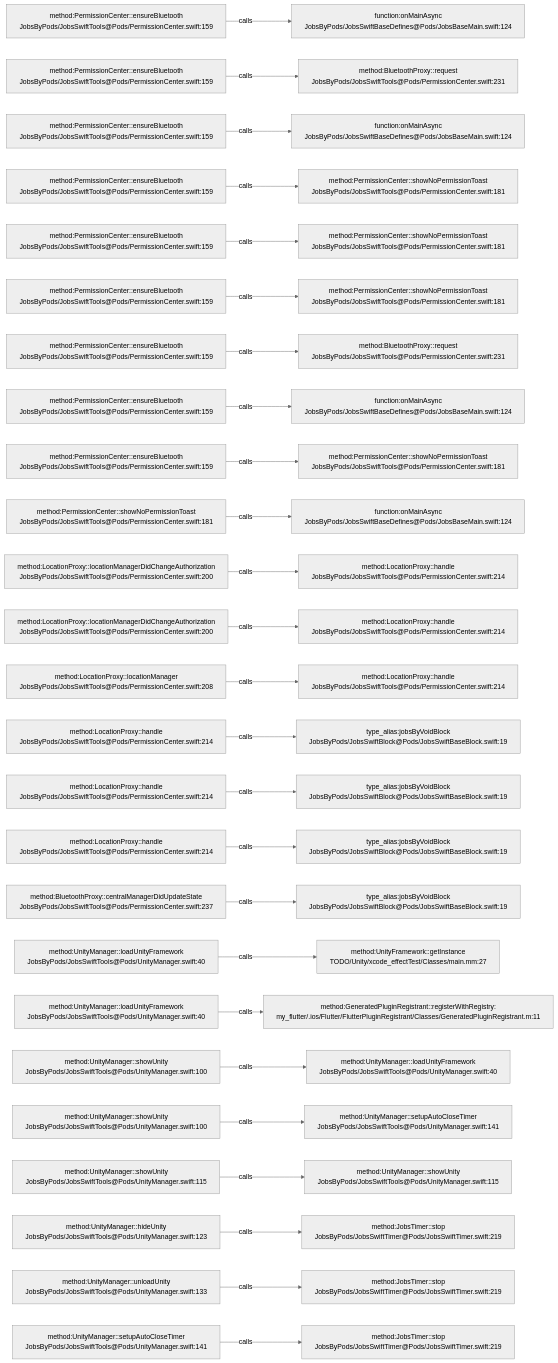
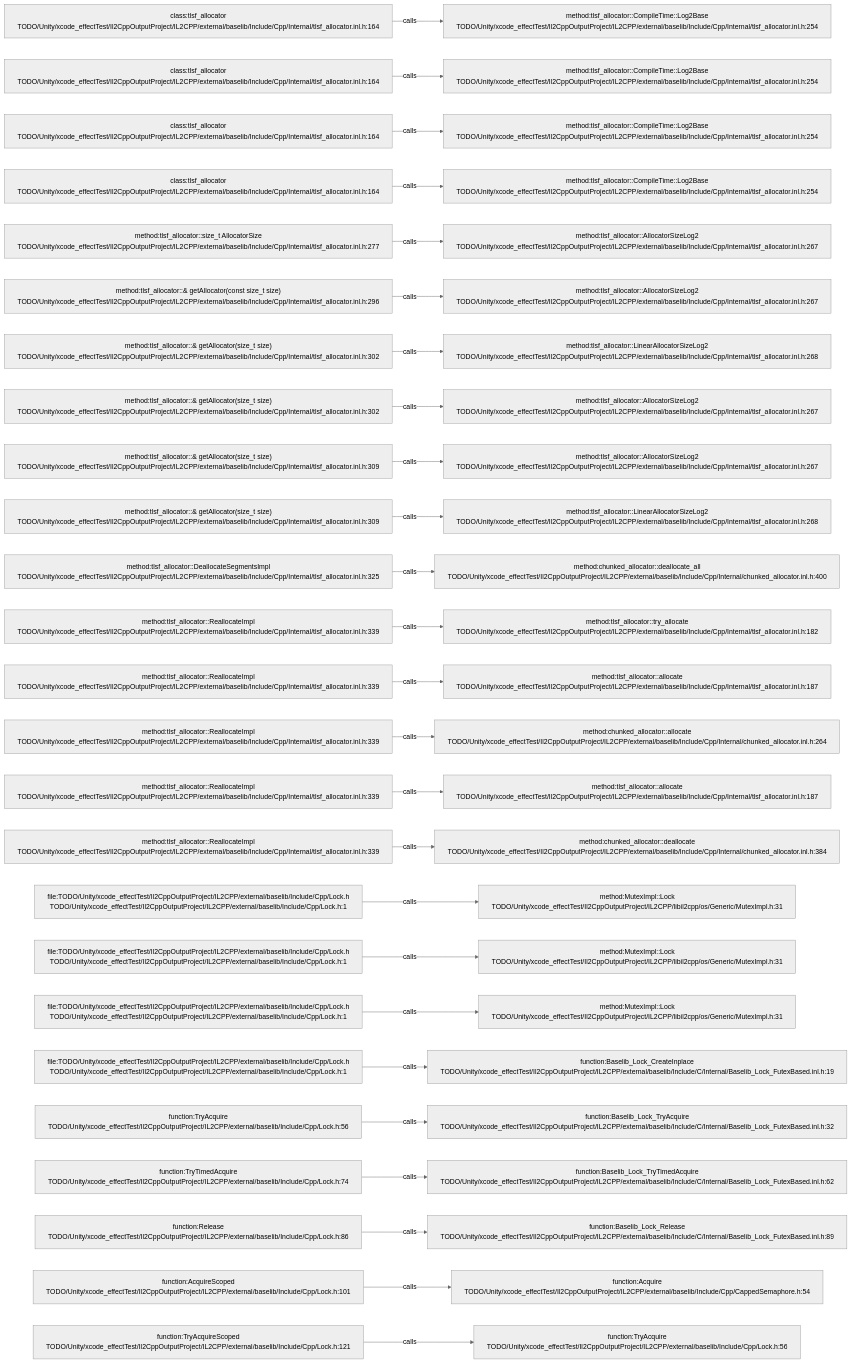
One commit to JobsKits/JobsSwiftBaseConfigDemo changed the diagram in .codegraph/codegraph.md/graphs/calls-067.md. Above: the diagram before and after it, drawn with Mermaid (neutral theme). The commit also changed 227 other files, not shown here.

````diff
--- a/.codegraph/codegraph.md/graphs/calls-067.md
+++ b/.codegraph/codegraph.md/graphs/calls-067.md
@@ -13,78 +13,78 @@
 ```mermaid
 flowchart LR
-  S1["method:PermissionCenter::ensureBluetooth<br/>JobsByPods/JobsSwiftTools@Pods/PermissionCenter.swift:159"]
-  T1["function:onMainAsync<br/>JobsByPods/JobsSwiftBaseDefines@Pods/JobsBaseMain.swift:124"]
+  S1["class:tlsf_allocator<br/>TODO/Unity/xcode_effectTest/Il2CppOutputProject/IL2CPP/external/baselib/Include/Cpp/Internal/tlsf_allocator.inl.h:164"]
+  T1["method:tlsf_allocator::CompileTime::Log2Base<br/>TODO/Unity/xcode_effectTest/Il2CppOutputProject/IL2CPP/external/baselib/Include/Cpp/Internal/tlsf_allocator.inl.h:254"]
   S1 -->|calls| T1
-  S2["method:PermissionCenter::ensureBluetooth<br/>JobsByPods/JobsSwiftTools@Pods/PermissionCenter.swift:159"]
-  T2["method:BluetoothProxy::request<br/>JobsByPods/JobsSwiftTools@Pods/PermissionCenter.swift:231"]
+  S2["class:tlsf_allocator<br/>TODO/Unity/xcode_effectTest/Il2CppOutputProject/IL2CPP/external/baselib/Include/Cpp/Internal/tlsf_allocator.inl.h:164"]
+  T2["method:tlsf_allocator::CompileTime::Log2Base<br/>TODO/Unity/xcode_effectTest/Il2CppOutputProject/IL2CPP/external/baselib/Include/Cpp/Internal/tlsf_allocator.inl.h:254"]
   S2 -->|calls| T2
-  S3["method:PermissionCenter::ensureBluetooth<br/>JobsByPods/JobsSwiftTools@Pods/PermissionCenter.swift:159"]
-  T3["function:onMainAsync<br/>JobsByPods/JobsSwiftBaseDefines@Pods/JobsBaseMain.swift:124"]
+  S3["class:tlsf_allocator<br/>TODO/Unity/xcode_effectTest/Il2CppOutputProject/IL2CPP/external/baselib/Include/Cpp/Internal/tlsf_allocator.inl.h:164"]
+  T3["method:tlsf_allocator::CompileTime::Log2Base<br/>TODO/Unity/xcode_effectTest/Il2CppOutputProject/IL2CPP/external/baselib/Include/Cpp/Internal/tlsf_allocator.inl.h:254"]
   S3 -->|calls| T3
-  S4["method:PermissionCenter::ensureBluetooth<br/>JobsByPods/JobsSwiftTools@Pods/PermissionCenter.swift:159"]
-  T4["method:PermissionCenter::showNoPermissionToast<br/>JobsByPods/JobsSwiftTools@Pods/PermissionCenter.swift:181"]
+  S4["class:tlsf_allocator<br/>TODO/Unity/xcode_effectTest/Il2CppOutputProject/IL2CPP/external/baselib/Include/Cpp/Internal/tlsf_allocator.inl.h:164"]
+  T4["method:tlsf_allocator::CompileTime::Log2Base<br/>TODO/Unity/xcode_effectTest/Il2CppOutputProject/IL2CPP/external/baselib/Include/Cpp/Internal/tlsf_allocator.inl.h:254"]
   S4 -->|calls| T4
-  S5["method:PermissionCenter::ensureBluetooth<br/>JobsByPods/JobsSwiftTools@Pods/PermissionCenter.swift:159"]
-  T5["method:PermissionCenter::showNoPermissionToast<br/>JobsByPods/JobsSwiftTools@Pods/PermissionCenter.swift:181"]
+  S5["method:tlsf_allocator::size_t AllocatorSize<br/>TODO/Unity/xcode_effectTest/Il2CppOutputProject/IL2CPP/external/baselib/Include/Cpp/Internal/tlsf_allocator.inl.h:277"]
+  T5["method:tlsf_allocator::AllocatorSizeLog2<br/>TODO/Unity/xcode_effectTest/Il2CppOutputProject/IL2CPP/external/baselib/Include/Cpp/Internal/tlsf_allocator.inl.h:267"]
   S5 -->|calls| T5
-  S6["method:PermissionCenter::ensureBluetooth<br/>JobsByPods/JobsSwiftTools@Pods/PermissionCenter.swift:159"]
-  T6["method:PermissionCenter::showNoPermissionToast<br/>JobsByPods/JobsSwiftTools@Pods/PermissionCenter.swift:181"]
+  S6["method:tlsf_allocator::& getAllocator(const size_t size)<br/>TODO/Unity/xcode_effectTest/Il2CppOutputProject/IL2CPP/external/baselib/Include/Cpp/Internal/tlsf_allocator.inl.h:296"]
+  T6["method:tlsf_allocator::AllocatorSizeLog2<br/>TODO/Unity/xcode_effectTest/Il2CppOutputProject/IL2CPP/external/baselib/Include/Cpp/Internal/tlsf_allocator.inl.h:267"]
   S6 -->|calls| T6
-  S7["method:PermissionCenter::ensureBluetooth<br/>JobsByPods/JobsSwiftTools@Pods/PermissionCenter.swift:159"]
-  T7["method:BluetoothProxy::request<br/>JobsByPods/JobsSwiftTools@Pods/PermissionCenter.swift:231"]
+  S7["method:tlsf_allocator::& getAllocator(size_t size)<br/>TODO/Unity/xcode_effectTest/Il2CppOutputProject/IL2CPP/external/baselib/Include/Cpp/Internal/tlsf_allocator.inl.h:302"]
+  T7["method:tlsf_allocator::LinearAllocatorSizeLog2<br/>TODO/Unity/xcode_effectTest/Il2CppOutputProject/IL2CPP/external/baselib/Include/Cpp/Internal/tlsf_allocator.inl.h:268"]
   S7 -->|calls| T7
-  S8["method:PermissionCenter::ensureBluetooth<br/>JobsByPods/JobsSwiftTools@Pods/PermissionCenter.swift:159"]
-  T8["function:onMainAsync<br/>JobsByPods/JobsSwiftBaseDefines@Pods/JobsBaseMain.swift:124"]
+  S8["method:tlsf_allocator::& getAllocator(size_t size)<br/>TODO/Unity/xcode_effectTest/Il2CppOutputProject/IL2CPP/external/baselib/Include/Cpp/Internal/tlsf_allocator.inl.h:302"]
+  T8["method:tlsf_allocator::AllocatorSizeLog2<br/>TODO/Unity/xcode_effectTest/Il2CppOutputProject/IL2CPP/external/baselib/Include/Cpp/Internal/tlsf_allocator.inl.h:267"]
   S8 -->|calls| T8
-  S9["method:PermissionCenter::ensureBluetooth<br/>JobsByPods/JobsSwiftTools@Pods/PermissionCenter.swift:159"]
-  T9["method:PermissionCenter::showNoPermissionToast<br/>JobsByPods/JobsSwiftTools@Pods/PermissionCenter.swift:181"]
+  S9["method:tlsf_allocator::& getAllocator(size_t size)<br/>TODO/Unity/xcode_effectTest/Il2CppOutputProject/IL2CPP/external/baselib/Include/Cpp/Internal/tlsf_allocator.inl.h:309"]
+  T9["method:tlsf_allocator::AllocatorSizeLog2<br/>TODO/Unity/xcode_effectTest/Il2CppOutputProject/IL2CPP/external/baselib/Include/Cpp/Internal/tlsf_allocator.inl.h:267"]
   S9 -->|calls| T9
-  S10["method:PermissionCenter::showNoPermissionToast<br/>JobsByPods/JobsSwiftTools@Pods/PermissionCenter.swift:181"]
-  T10["function:onMainAsync<br/>JobsByPods/JobsSwiftBaseDefines@Pods/JobsBaseMain.swift:124"]
+  S10["method:tlsf_allocator::& getAllocator(size_t size)<br/>TODO/Unity/xcode_effectTest/Il2CppOutputProject/IL2CPP/external/baselib/Include/Cpp/Internal/tlsf_allocator.inl.h:309"]
+  T10["method:tlsf_allocator::LinearAllocatorSizeLog2<br/>TODO/Unity/xcode_effectTest/Il2CppOutputProject/IL2CPP/external/baselib/Include/Cpp/Internal/tlsf_allocator.inl.h:268"]
   S10 -->|calls| T10
-  S11["method:LocationProxy::locationManagerDidChangeAuthorization<br/>JobsByPods/JobsSwiftTools@Pods/PermissionCenter.swift:200"]
-  T11["method:LocationProxy::handle<br/>JobsByPods/JobsSwiftTools@Pods/PermissionCenter.swift:214"]
+  S11["method:tlsf_allocator::DeallocateSegmentsImpl<br/>TODO/Unity/xcode_effectTest/Il2CppOutputProject/IL2CPP/external/baselib/Include/Cpp/Internal/tlsf_allocator.inl.h:325"]
+  T11["method:chunked_allocator::deallocate_all<br/>TODO/Unity/xcode_effectTest/Il2CppOutputProject/IL2CPP/external/baselib/Include/Cpp/Internal/chunked_allocator.inl.h:400"]
   S11 -->|calls| T11
-  S12["method:LocationProxy::locationManagerDidChangeAuthorization<br/>JobsByPods/JobsSwiftTools@Pods/PermissionCenter.swift:200"]
-  T12["method:LocationProxy::handle<br/>JobsByPods/JobsSwiftTools@Pods/PermissionCenter.swift:214"]
+  S12["method:tlsf_allocator::ReallocateImpl<br/>TODO/Unity/xcode_effectTest/Il2CppOutputProject/IL2CPP/external/baselib/Include/Cpp/Internal/tlsf_allocator.inl.h:339"]
+  T12["method:tlsf_allocator::try_allocate<br/>TODO/Unity/xcode_effectTest/Il2CppOutputProject/IL2CPP/external/baselib/Include/Cpp/Internal/tlsf_allocator.inl.h:182"]
   S12 -->|calls| T12
-  S13["method:LocationProxy::locationManager<br/>JobsByPods/JobsSwiftTools@Pods/PermissionCenter.swift:208"]
-  T13["method:LocationProxy::handle<br/>JobsByPods/JobsSwiftTools@Pods/PermissionCenter.swift:214"]
+  S13["method:tlsf_allocator::ReallocateImpl<br/>TODO/Unity/xcode_effectTest/Il2CppOutputProject/IL2CPP/external/baselib/Include/Cpp/Internal/tlsf_allocator.inl.h:339"]
+  T13["method:tlsf_allocator::allocate<br/>TODO/Unity/xcode_effectTest/Il2CppOutputProject/IL2CPP/external/baselib/Include/Cpp/Internal/tlsf_allocator.inl.h:187"]
   S13 -->|calls| T13
-  S14["method:LocationProxy::handle<br/>JobsByPods/JobsSwiftTools@Pods/PermissionCenter.swift:214"]
-  T14["type_alias:jobsByVoidBlock<br/>JobsByPods/JobsSwiftBlock@Pods/JobsSwiftBaseBlock.swift:19"]
+  S14["method:tlsf_allocator::ReallocateImpl<br/>TODO/Unity/xcode_effectTest/Il2CppOutputProject/IL2CPP/external/baselib/Include/Cpp/Internal/tlsf_allocator.inl.h:339"]
+  T14["method:chunked_allocator::allocate<br/>TODO/Unity/xcode_effectTest/Il2CppOutputProject/IL2CPP/external/baselib/Include/Cpp/Internal/chunked_allocator.inl.h:264"]
   S14 -->|calls| T14
-  S15["method:LocationProxy::handle<br/>JobsByPods/JobsSwiftTools@Pods/PermissionCenter.swift:214"]
-  T15["type_alias:jobsByVoidBlock<br/>JobsByPods/JobsSwiftBlock@Pods/JobsSwiftBaseBlock.swift:19"]
+  S15["method:tlsf_allocator::ReallocateImpl<br/>TODO/Unity/xcode_effectTest/Il2CppOutputProject/IL2CPP/external/baselib/Include/Cpp/Internal/tlsf_allocator.inl.h:339"]
+  T15["method:tlsf_allocator::allocate<br/>TODO/Unity/xcode_effectTest/Il2CppOutputProject/IL2CPP/external/baselib/Include/Cpp/Internal/tlsf_allocator.inl.h:187"]
   S15 -->|calls| T15
-  S16["method:LocationProxy::handle<br/>JobsByPods/JobsSwiftTools@Pods/PermissionCenter.swift:214"]
-  T16["type_alias:jobsByVoidBlock<br/>JobsByPods/JobsSwiftBlock@Pods/JobsSwiftBaseBlock.swift:19"]
+  S16["method:tlsf_allocator::ReallocateImpl<br/>TODO/Unity/xcode_effectTest/Il2CppOutputProject/IL2CPP/external/baselib/Include/Cpp/Internal/tlsf_allocator.inl.h:339"]
+  T16["method:chunked_allocator::deallocate<br/>TODO/Unity/xcode_effectTest/Il2CppOutputProject/IL2CPP/external/baselib/Include/Cpp/Internal/chunked_allocator.inl.h:384"]
   S16 -->|calls| T16
-  S17["method:BluetoothProxy::centralManagerDidUpdateState<br/>JobsByPods/JobsSwiftTools@Pods/PermissionCenter.swift:237"]
-  T17["type_alias:jobsByVoidBlock<br/>JobsByPods/JobsSwiftBlock@Pods/JobsSwiftBaseBlock.swift:19"]
+  S17["file:TODO/Unity/xcode_effectTest/Il2CppOutputProject/IL2CPP/external/baselib/Include/Cpp/Lock.h<br/>TODO/Unity/xcode_effectTest/Il2CppOutputProject/IL2CPP/external/baselib/Include/Cpp/Lock.h:1"]
+  T17["method:MutexImpl::Lock<br/>TODO/Unity/xcode_effectTest/Il2CppOutputProject/IL2CPP/libil2cpp/os/Generic/MutexImpl.h:31"]
   S17 -->|calls| T17
-  S18["method:UnityManager::loadUnityFramework<br/>JobsByPods/JobsSwiftTools@Pods/UnityManager.swift:40"]
-  T18["method:UnityFramework::getInstance<br/>TODO/Unity/xcode_effectTest/Classes/main.mm:27"]
+  S18["file:TODO/Unity/xcode_effectTest/Il2CppOutputProject/IL2CPP/external/baselib/Include/Cpp/Lock.h<br/>TODO/Unity/xcode_effectTest/Il2CppOutputProject/IL2CPP/external/baselib/Include/Cpp/Lock.h:1"]
+  T18["method:MutexImpl::Lock<br/>TODO/Unity/xcode_effectTest/Il2CppOutputProject/IL2CPP/libil2cpp/os/Generic/MutexImpl.h:31"]
   S18 -->|calls| T18
-  S19["method:UnityManager::loadUnityFramework<br/>JobsByPods/JobsSwiftTools@Pods/UnityManager.swift:40"]
-  T19["method:GeneratedPluginRegistrant::registerWithRegistry:<br/>my_flutter/.ios/Flutter/FlutterPluginRegistrant/Classes/GeneratedPluginRegistrant.m:11"]
+  S19["file:TODO/Unity/xcode_effectTest/Il2CppOutputProject/IL2CPP/external/baselib/Include/Cpp/Lock.h<br/>TODO/Unity/xcode_effectTest/Il2CppOutputProject/IL2CPP/external/baselib/Include/Cpp/Lock.h:1"]
+  T19["method:MutexImpl::Lock<br/>TODO/Unity/xcode_effectTest/Il2CppOutputProject/IL2CPP/libil2cpp/os/Generic/MutexImpl.h:31"]
   S19 -->|calls| T19
-  S20["method:UnityManager::showUnity<br/>JobsByPods/JobsSwiftTools@Pods/UnityManager.swift:100"]
-  T20["method:UnityManager::loadUnityFramework<br/>JobsByPods/JobsSwiftTools@Pods/UnityManager.swift:40"]
+  S20["file:TODO/Unity/xcode_effectTest/Il2CppOutputProject/IL2CPP/external/baselib/Include/Cpp/Lock.h<br/>TODO/Unity/xcode_effectTest/Il2CppOutputProject/IL2CPP/external/baselib/Include/Cpp/Lock.h:1"]
+  T20["function:Baselib_Lock_CreateInplace<br/>TODO/Unity/xcode_effectTest/Il2CppOutputProject/IL2CPP/external/baselib/Include/C/Internal/Baselib_Lock_FutexBased.inl.h:19"]
   S20 -->|calls| T20
-  S21["method:UnityManager::showUnity<br/>JobsByPods/JobsSwiftTools@Pods/UnityManager.swift:100"]
-  T21["method:UnityManager::setupAutoCloseTimer<br/>JobsByPods/JobsSwiftTools@Pods/UnityManager.swift:141"]
+  S21["function:TryAcquire<br/>TODO/Unity/xcode_effectTest/Il2CppOutputProject/IL2CPP/external/baselib/Include/Cpp/Lock.h:56"]
+  T21["function:Baselib_Lock_TryAcquire<br/>TODO/Unity/xcode_effectTest/Il2CppOutputProject/IL2CPP/external/baselib/Include/C/Internal/Baselib_Lock_FutexBased.inl.h:32"]
   S21 -->|calls| T21
-  S22["method:UnityManager::showUnity<br/>JobsByPods/JobsSwiftTools@Pods/UnityManager.swift:115"]
-  T22["method:UnityManager::showUnity<br/>JobsByPods/JobsSwiftTools@Pods/UnityManager.swift:115"]
+  S22["function:TryTimedAcquire<br/>TODO/Unity/xcode_effectTest/Il2CppOutputProject/IL2CPP/external/baselib/Include/Cpp/Lock.h:74"]
+  T22["function:Baselib_Lock_TryTimedAcquire<br/>TODO/Unity/xcode_effectTest/Il2CppOutputProject/IL2CPP/external/baselib/Include/C/Internal/Baselib_Lock_FutexBased.inl.h:62"]
   S22 -->|calls| T22
-  S23["method:UnityManager::hideUnity<br/>JobsByPods/JobsSwiftTools@Pods/UnityManager.swift:123"]
-  T23["method:JobsTimer::stop<br/>JobsByPods/JobsSwiftTimer@Pods/JobsSwiftTimer.swift:219"]
+  S23["function:Release<br/>TODO/Unity/xcode_effectTest/Il2CppOutputProject/IL2CPP/external/baselib/Include/Cpp/Lock.h:86"]
+  T23["function:Baselib_Lock_Release<br/>TODO/Unity/xcode_effectTest/Il2CppOutputProject/IL2CPP/external/baselib/Include/C/Internal/Baselib_Lock_FutexBased.inl.h:89"]
   S23 -->|calls| T23
-  S24["method:UnityManager::unloadUnity<br/>JobsByPods/JobsSwiftTools@Pods/UnityManager.swift:133"]
-  T24["method:JobsTimer::stop<br/>JobsByPods/JobsSwiftTimer@Pods/JobsSwiftTimer.swift:219"]
+  S24["function:AcquireScoped<br/>TODO/Unity/xcode_effectTest/Il2CppOutputProject/IL2CPP/external/baselib/Include/Cpp/Lock.h:101"]
+  T24["function:Acquire<br/>TODO/Unity/xcode_effectTest/Il2CppOutputProject/IL2CPP/external/baselib/Include/Cpp/CappedSemaphore.h:54"]
   S24 -->|calls| T24
-  S25["method:UnityManager::setupAutoCloseTimer<br/>JobsByPods/JobsSwiftTools@Pods/UnityManager.swift:141"]
-  T25["method:JobsTimer::stop<br/>JobsByPods/JobsSwiftTimer@Pods/JobsSwiftTimer.swift:219"]
+  S25["function:TryAcquireScoped<br/>TODO/Unity/xcode_effectTest/Il2CppOutputProject/IL2CPP/external/baselib/Include/Cpp/Lock.h:121"]
+  T25["function:TryAcquire<br/>TODO/Unity/xcode_effectTest/Il2CppOutputProject/IL2CPP/external/baselib/Include/Cpp/Lock.h:56"]
   S25 -->|calls| T25
 ```
````
